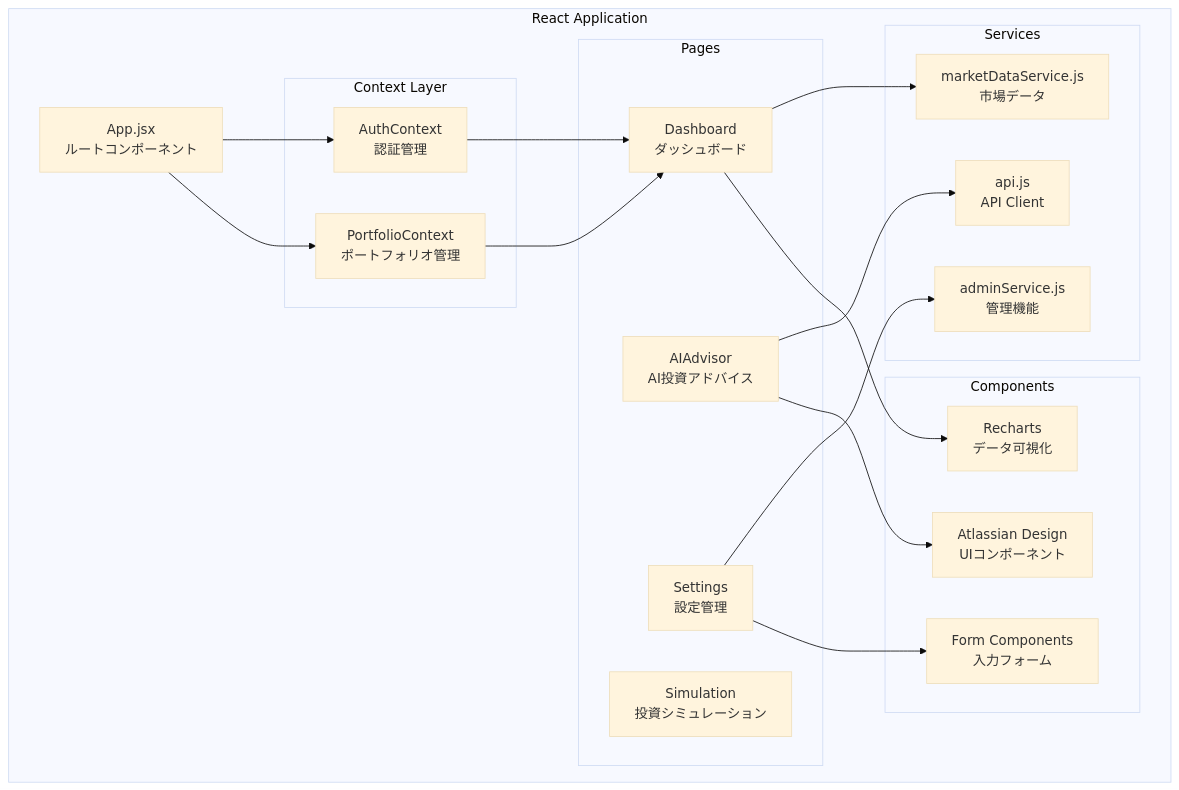
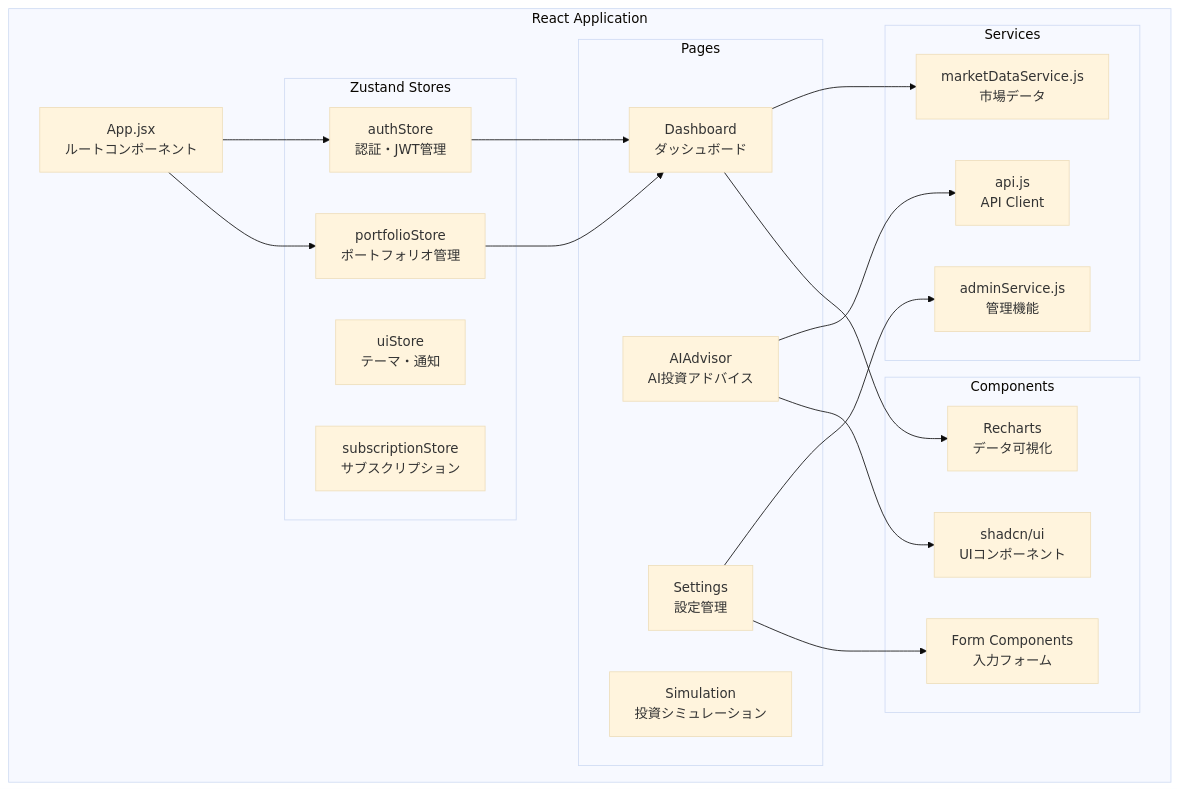
The third of 9 diagrams in documents/architecture-docs/architecture/overview.md (Rih0z/portfolio-manager), drawn with Mermaid (base theme) before and after one commit. The commit also changed 114 other files, not shown here.

````diff
--- a/documents/architecture-docs/architecture/overview.md
+++ b/documents/architecture-docs/architecture/overview.md
@@ -61,41 +61,43 @@
 ```mermaid
 graph TB
     subgraph "React Application"
         App[App.jsx<br/>ルートコンポーネント]
         
-        subgraph "Context Layer"
-            Auth[AuthContext<br/>認証管理]
-            Portfolio[PortfolioContext<br/>ポートフォリオ管理]
+        subgraph "Zustand Stores"
+            Auth[authStore<br/>認証・JWT管理]
+            Portfolio[portfolioStore<br/>ポートフォリオ管理]
+            UI[uiStore<br/>テーマ・通知]
+            Subscription[subscriptionStore<br/>サブスクリプション]
         end
         
         subgraph "Pages"
             Dashboard[Dashboard<br/>ダッシュボード]
             AIAdvisor[AIAdvisor<br/>AI投資アドバイス]
             Settings[Settings<br/>設定管理]
             Simulation[Simulation<br/>投資シミュレーション]
         end
         
         subgraph "Services"
             API[api.js<br/>API Client]
             MarketData[marketDataService.js<br/>市場データ]
             Admin[adminService.js<br/>管理機能]
         end
         
         subgraph "Components"
-            Atlassian[Atlassian Design<br/>UIコンポーネント]
+            ShadcnUI[shadcn/ui<br/>UIコンポーネント]
             Charts[Recharts<br/>データ可視化]
             Forms[Form Components<br/>入力フォーム]
         end
         
         App --> Auth
         App --> Portfolio
         Auth --> Dashboard
         Portfolio --> Dashboard
         Dashboard --> MarketData
         AIAdvisor --> API
         Settings --> Admin
         Dashboard --> Charts
-        AIAdvisor --> Atlassian
+        AIAdvisor --> ShadcnUI
         Settings --> Forms
     end
 ```
````
